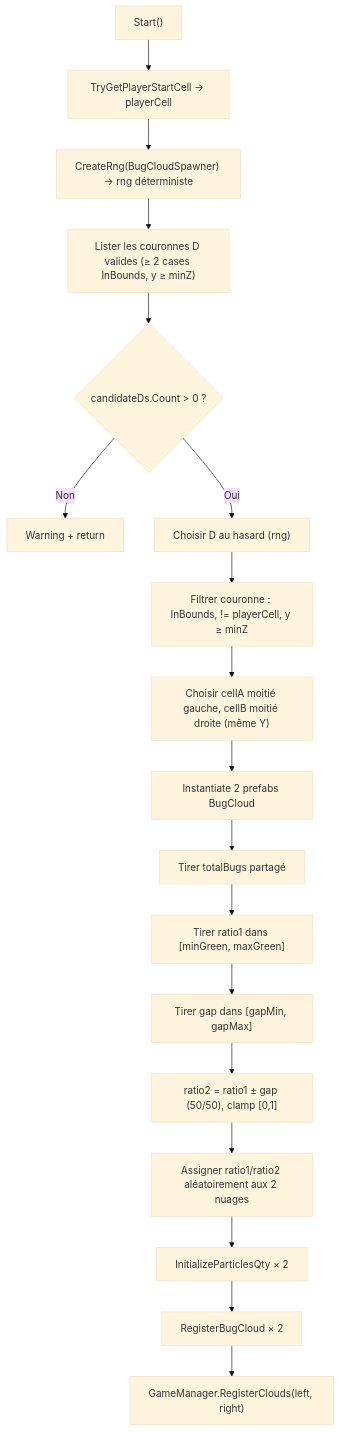
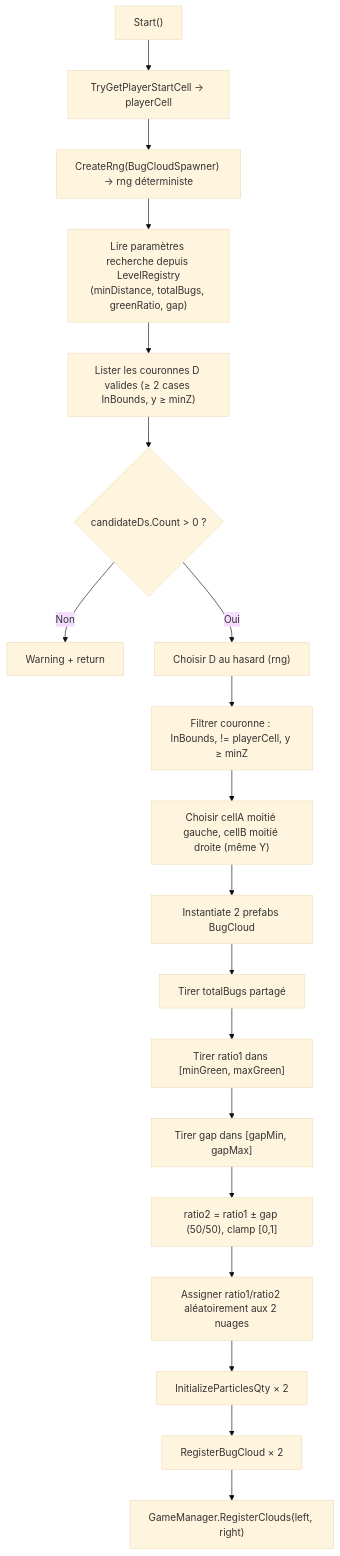
The first of 13 diagrams in Docs/TDD.md (PierreChagnon/BUGS), drawn with Mermaid (base theme) before and after one commit. The commit also changed other lines of this file and 6 other files, not shown here.

````diff
--- a/Docs/TDD.md
+++ b/Docs/TDD.md
@@ -159,20 +149,21 @@
 ```mermaid
 graph TD
     A["Start()"] --> B["TryGetPlayerStartCell → playerCell"]
     B --> C["CreateRng(BugCloudSpawner) → rng déterministe"]
-    C --> D["Lister les couronnes D valides (≥ 2 cases InBounds, y ≥ minZ)"]
+    C --> C2["Lire paramètres recherche depuis LevelRegistry<br/>(minDistance, totalBugs, greenRatio, gap)"]
+    C2 --> D["Lister les couronnes D valides (≥ 2 cases InBounds, y ≥ minZ)"]
     D --> E{candidateDs.Count > 0 ?}
     E -->|Non| F[Warning + return]
     E -->|Oui| G["Choisir D au hasard (rng)"]
     G --> H["Filtrer couronne : InBounds, != playerCell, y ≥ minZ"]
     H --> I["Choisir cellA moitié gauche, cellB moitié droite (même Y)"]
     I --> J["Instantiate 2 prefabs BugCloud"]
     J --> K["Tirer totalBugs partagé"]
     K --> L["Tirer ratio1 dans [minGreen, maxGreen]"]
     L --> M["Tirer gap dans [gapMin, gapMax]"]
     M --> N["ratio2 = ratio1 ± gap (50/50), clamp [0,1]"]
     N --> O["Assigner ratio1/ratio2 aléatoirement aux 2 nuages"]
     O --> P["InitializeParticlesQty × 2"]
     P --> Q["RegisterBugCloud × 2"]
     Q --> R["GameManager.RegisterClouds(left, right)"]
 ```
````
